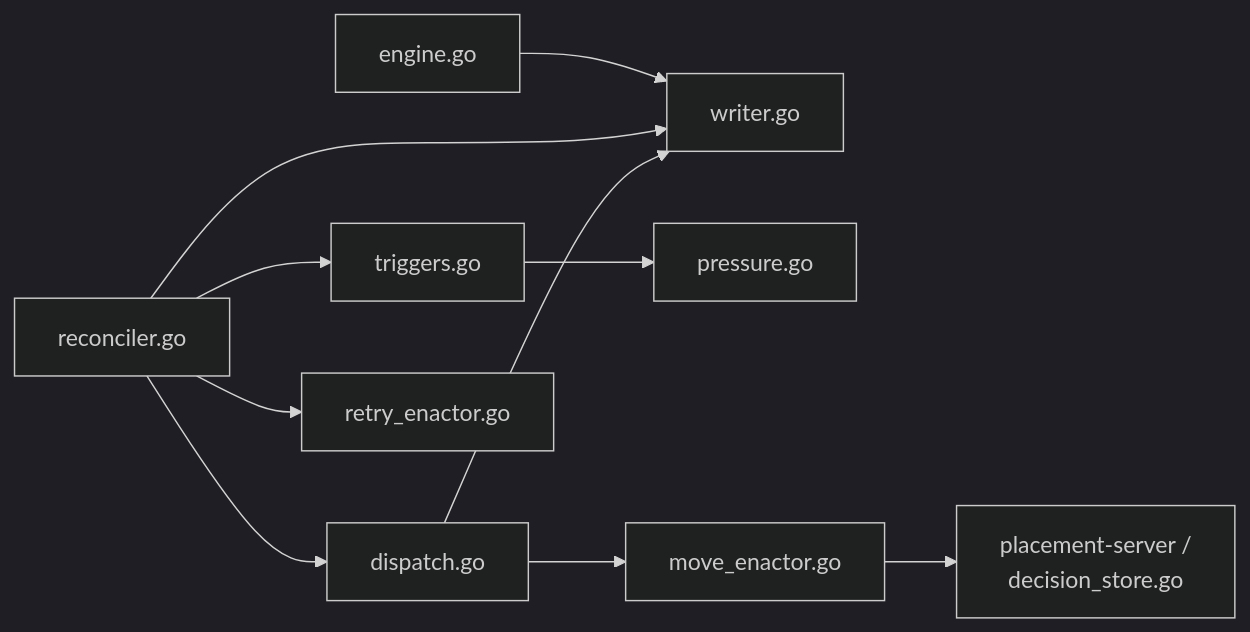
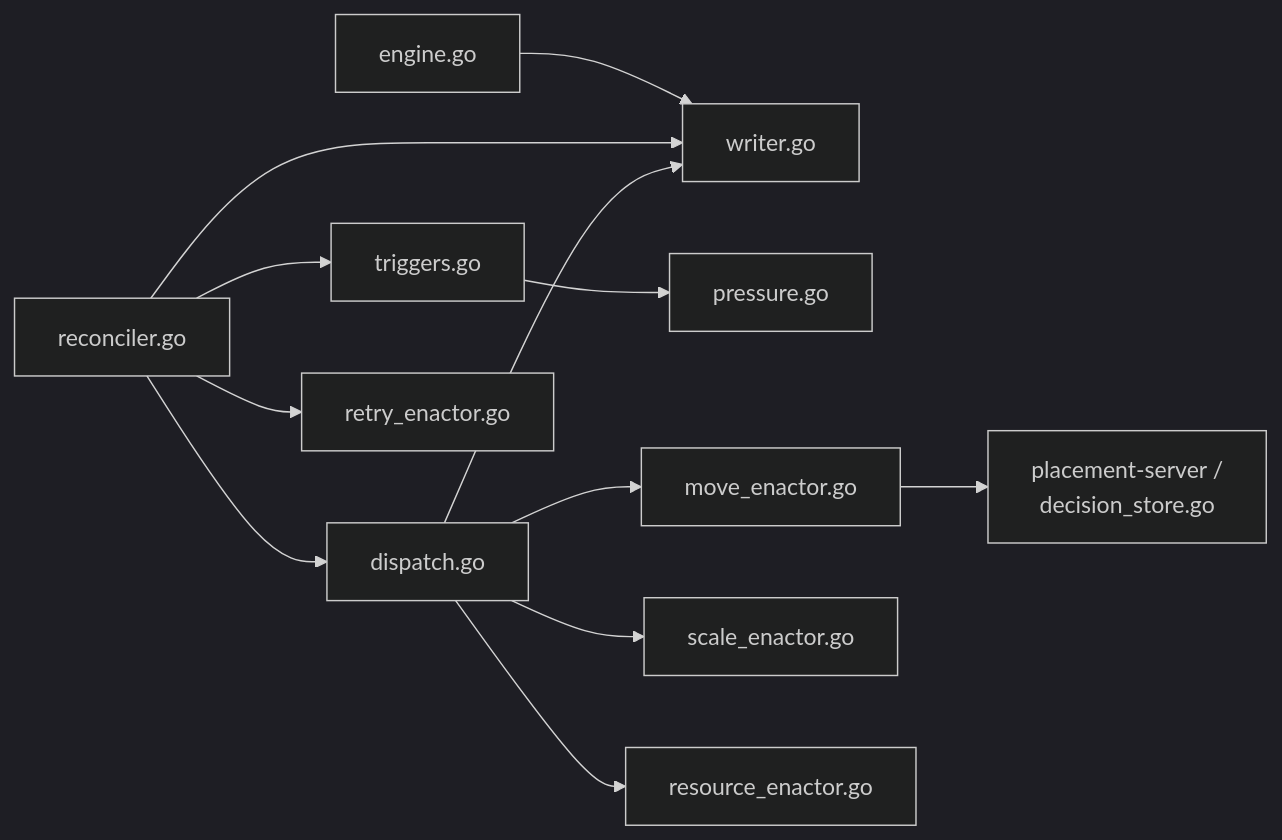
Before and after one commit to HIRO-MicroDataCenters-BV/hiro-adaptive-orchestrator: the third of 29 diagrams in internal/rebalance/README.md, drawn with Mermaid (dark theme). The commit also changed other lines of this file and 11 other files, not shown here.

Commit message:
Add AdjustResources enactor for the rebalance engine: patches a named container's CPU/Memory on the workload template, with best-effort in-place resize via the K8s 1.27+ resize subresource and a guardrail that defers workloads with no existing resource limits instead of imposing new ones.

````diff
--- a/internal/rebalance/README.md
+++ b/internal/rebalance/README.md
@@ -111,12 +112,14 @@
 ```mermaid
 graph LR
     engine[engine.go] --> writer[writer.go]
     reconciler[reconciler.go] --> writer
     reconciler --> triggers[triggers.go]
     triggers --> pressure[pressure.go]
     reconciler --> dispatch[dispatch.go]
     dispatch --> move[move_enactor.go]
+    dispatch --> scale[scale_enactor.go]
+    dispatch --> resource[resource_enactor.go]
     dispatch --> writer
     reconciler --> retry[retry_enactor.go]
     move --> store["placement-server /<br/>decision_store.go"]
 ```
````
